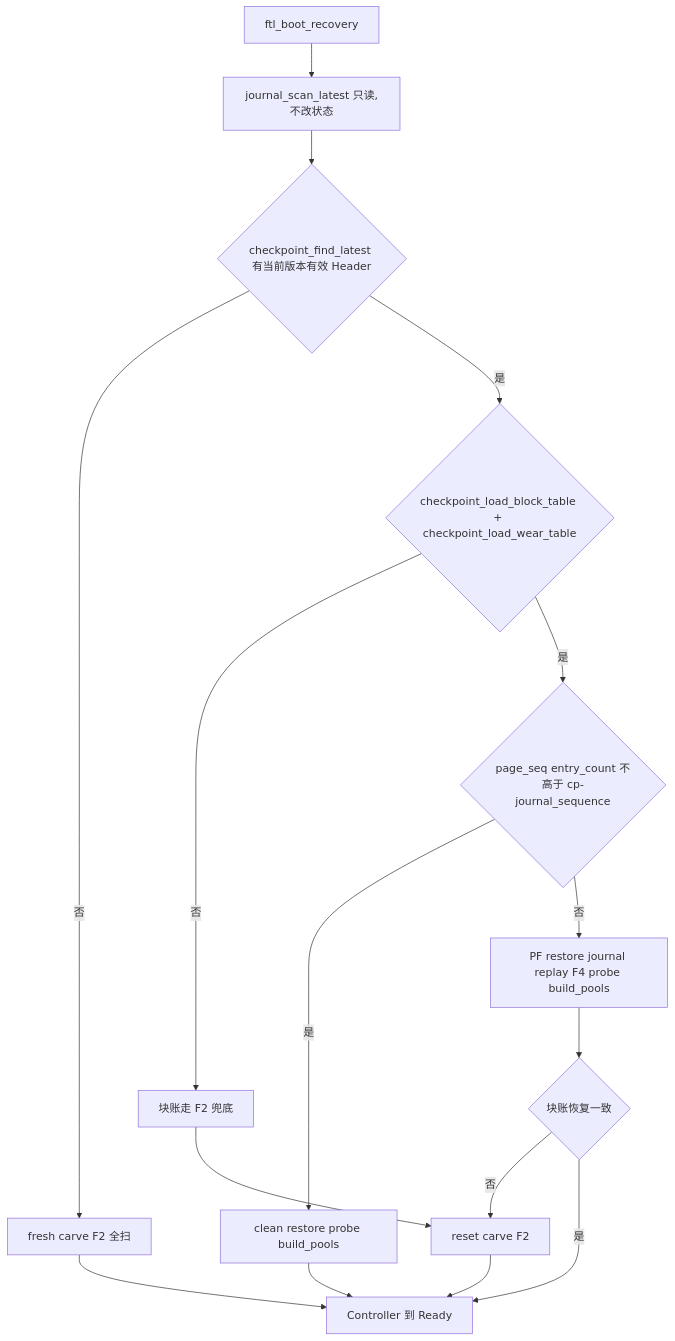
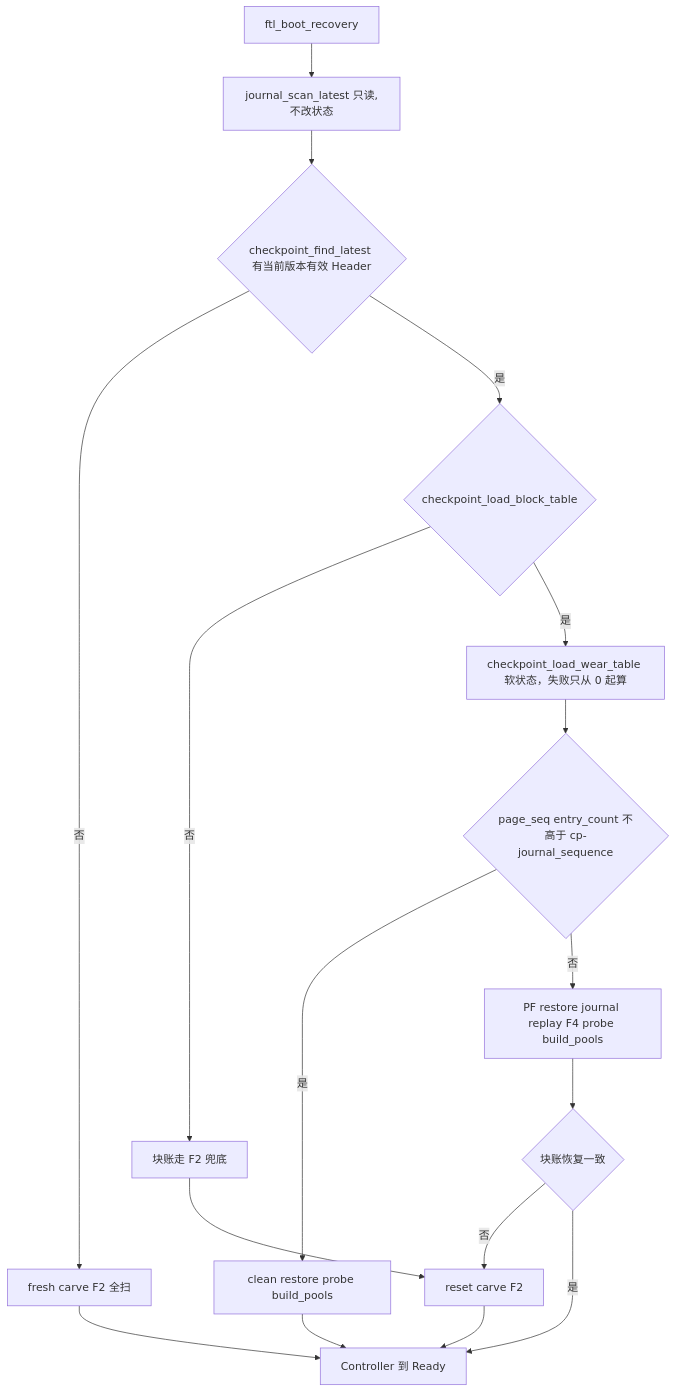
The sixth of 32 diagrams in docs/design/ftl_design.md (YzYMIAO/BASESSD), drawn with Mermaid before and after one commit. The commit also changed other lines of this file and 1 other file, not shown here.

````diff
--- a/docs/design/ftl_design.md
+++ b/docs/design/ftl_design.md
@@ -990,18 +991,19 @@
 ```mermaid
 flowchart TD
     BOOT["ftl_boot_recovery"] --> LATEST["journal_scan_latest 只读,不改状态"]
     LATEST --> FIND{"checkpoint_find_latest 有当前版本有效 Header"}
     FIND -- "否" --> FRESH["fresh carve F2 全扫"]
-    FIND -- "是" --> LOAD{"checkpoint_load_block_table + checkpoint_load_wear_table"}
+    FIND -- "是" --> LOAD{"checkpoint_load_block_table"}
     LOAD -- "否" --> PFALL["块账走 F2 兜底"]
-    LOAD -- "是" --> JUDGE{"page_seq entry_count 不高于 cp-journal_sequence"}
+    LOAD -- "是" --> WEAR["checkpoint_load_wear_table 软状态，失败只从 0 起算"]
+    WEAR --> JUDGE{"page_seq entry_count 不高于 cp-journal_sequence"}
     JUDGE -- "是" --> CLEAN["clean restore probe build_pools"]
     JUDGE -- "否" --> PF["PF restore journal replay F4 probe build_pools"]
     PFALL --> F2["reset carve F2"]
     PF --> PFOk{"块账恢复一致"}
     PFOk -- "否" --> F2
     PFOk -- "是" --> READY["Controller 到 Ready"]
     CLEAN --> READY
     FRESH --> READY
     F2 --> READY
 ```
````
